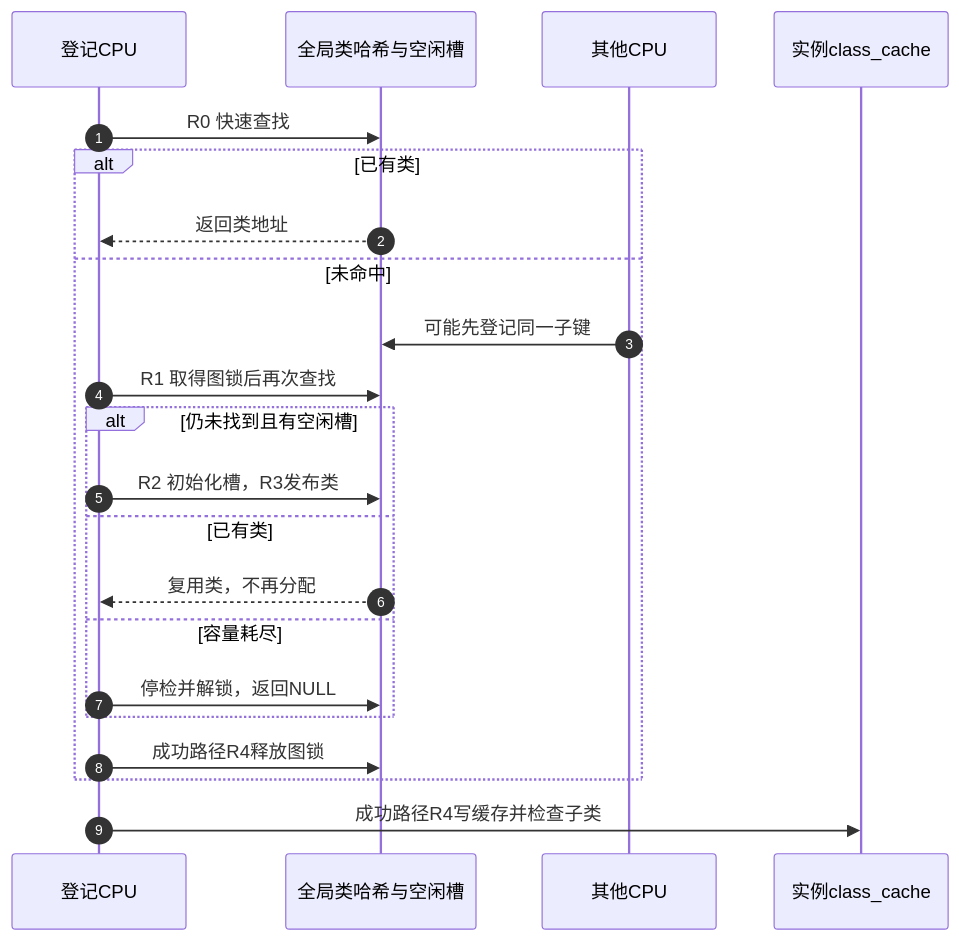
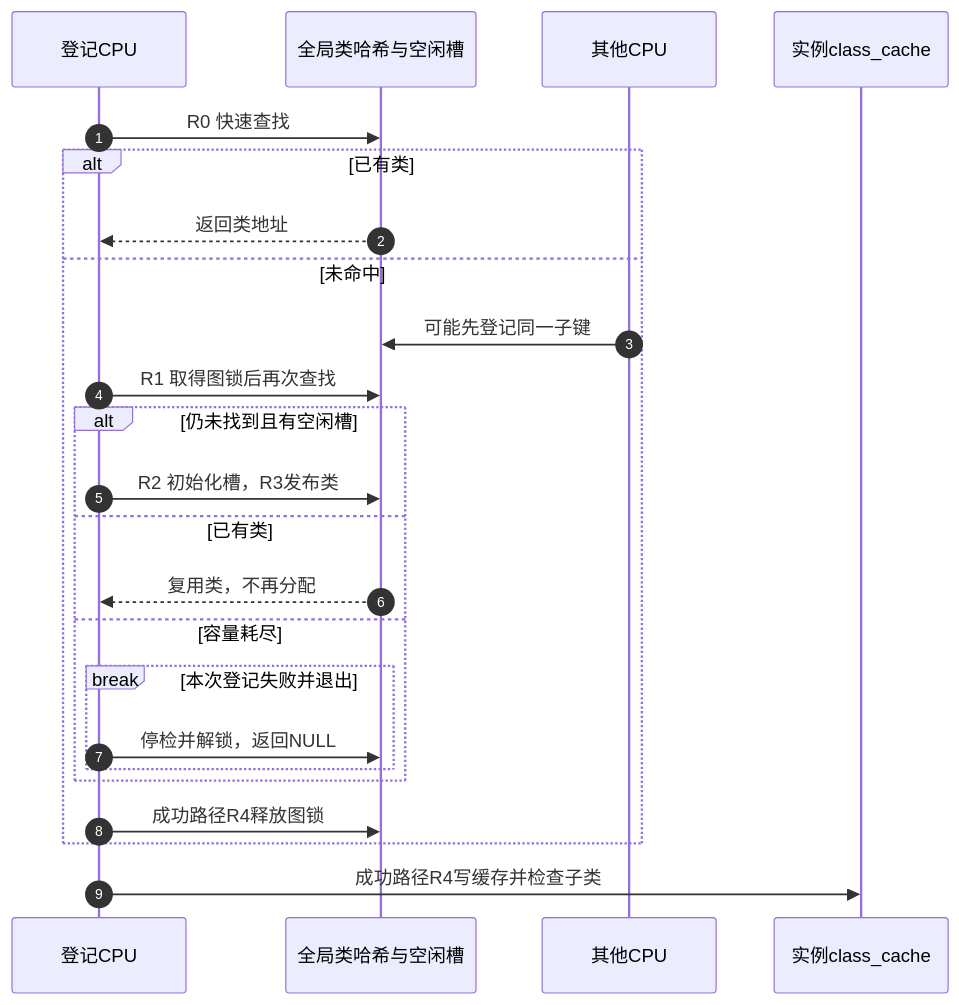
Before and after one commit to FormingSystem/linux_note: the first of 3 diagrams in research/source_reading/lockdep/source_explanations/kernel/locking/lockdep.c.md, drawn with Mermaid. The commit also changed other lines of this file and 10 other files, not shown here.

````diff
--- a/research/source_reading/lockdep/source_explanations/kernel/locking/lockdep.c.md
+++ b/research/source_reading/lockdep/source_explanations/kernel/locking/lockdep.c.md
@@ -250,24 +252,26 @@
 ```mermaid
 sequenceDiagram
     autonumber
     participant A as 登记CPU
     participant H as 全局类哈希与空闲槽
     participant B as 其他CPU
     participant M as 实例class_cache
     A->>H: R0 快速查找
     alt 已有类
         H-->>A: 返回类地址
     else 未命中
         B->>H: 可能先登记同一子键
         A->>H: R1 取得图锁后再次查找
         alt 仍未找到且有空闲槽
             A->>H: R2 初始化槽，R3发布类
         else 已有类
             H-->>A: 复用类，不再分配
         else 容量耗尽
-            A->>H: 停检并解锁，返回NULL
+            break 本次登记失败并退出
+                A->>H: 停检并解锁，返回NULL
+            end
         end
         A->>H: 成功路径R4释放图锁
     end
     A->>M: 成功路径R4写缓存并检查子类
 ```
````
